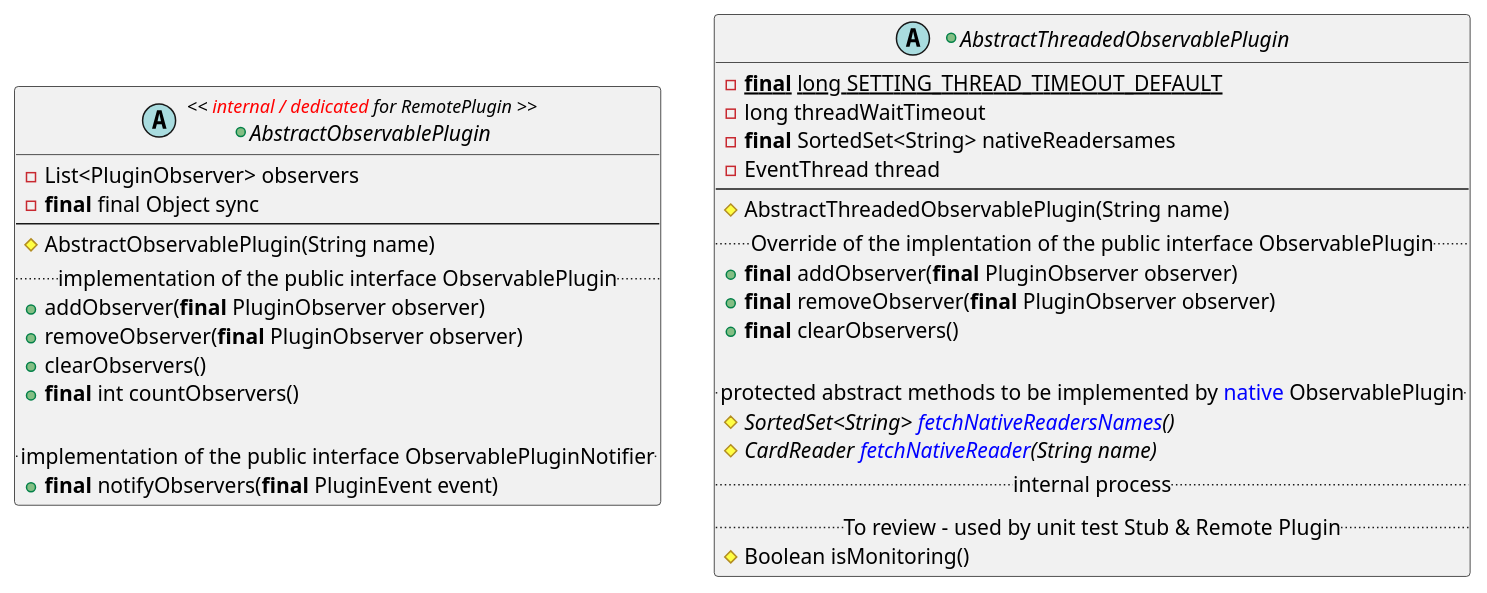
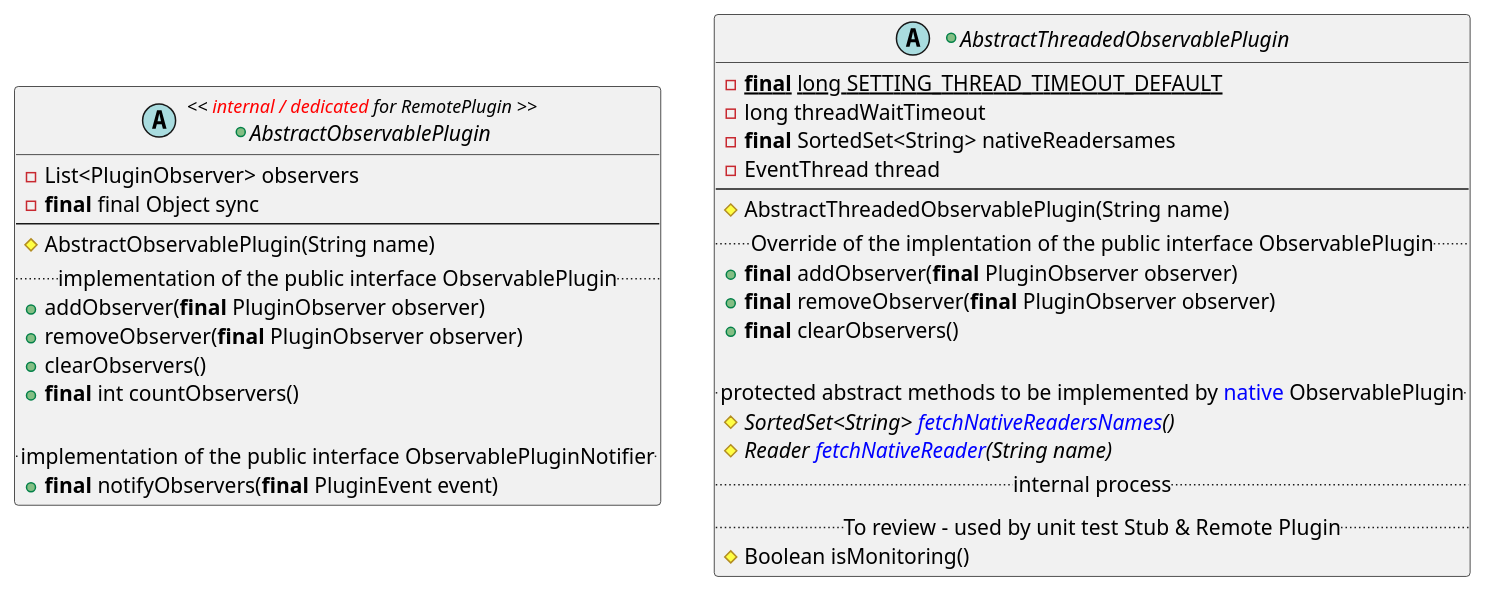
One commit to calypsonet/keyple changed the seventh of 11 diagrams in src/KeypleCoreApi/puml/KeypleCore_Plugin_ClassDiag_ClassElements.iuml. Above: the diagram before and after it, drawn with PlantUML. The commit also changed other lines of this file and 34 other files, not shown here.

```diff
--- a/src/KeypleCoreApi/puml/KeypleCore_Plugin_ClassDiag_ClassElements.iuml
+++ b/src/KeypleCoreApi/puml/KeypleCore_Plugin_ClassDiag_ClassElements.iuml
@@ -72,39 +72,39 @@
 @startuml(id=PLUGIN_OBSERVALEPLUGIN_1_0_0)
 +abstract AbstractObservablePlugin << <color:red>internal / dedicated</color> for RemotePlugin >>{
   -List<PluginObserver> observers
   -<b>final</b> final Object sync
   --
   #AbstractObservablePlugin(String name)
 '
   .. implementation of the public interface ObservablePlugin ..
   +addObserver(<b>final</b> PluginObserver observer)
   +removeObserver(<b>final</b> PluginObserver observer)
   +clearObservers()
   +<b>final</b> int countObservers()
 
   .. implementation of the public interface ObservablePluginNotifier ..
   +<b>final</b> notifyObservers(<b>final</b> PluginEvent event)
 }
 
 +abstract AbstractThreadedObservablePlugin {
   -{static}<b>final</b> long SETTING_THREAD_TIMEOUT_DEFAULT
   -long threadWaitTimeout
   -<b>final</b> SortedSet<String> nativeReadersames
   -EventThread thread
   --
   #AbstractThreadedObservablePlugin(String name)
 '
   .. Override of the implentation of the public interface ObservablePlugin ..
   +<b>final</b> addObserver(<b>final</b> PluginObserver observer)
   +<b>final</b> removeObserver(<b>final</b> PluginObserver observer)
   +<b>final</b> clearObservers()
 
   .. protected abstract methods to be implemented by <color:blue>native</color> ObservablePlugin ..
   #{abstract} SortedSet<String> <color:blue>fetchNativeReadersNames</color>()
-  #{abstract} CardReader <color:blue>fetchNativeReader</color>(String name)
+  #{abstract} Reader <color:blue>fetchNativeReader</color>(String name)
 '
   .. internal process ..
   .. To review - used by unit test Stub & Remote Plugin ..
   #Boolean isMonitoring()
 }
 @enduml
```
